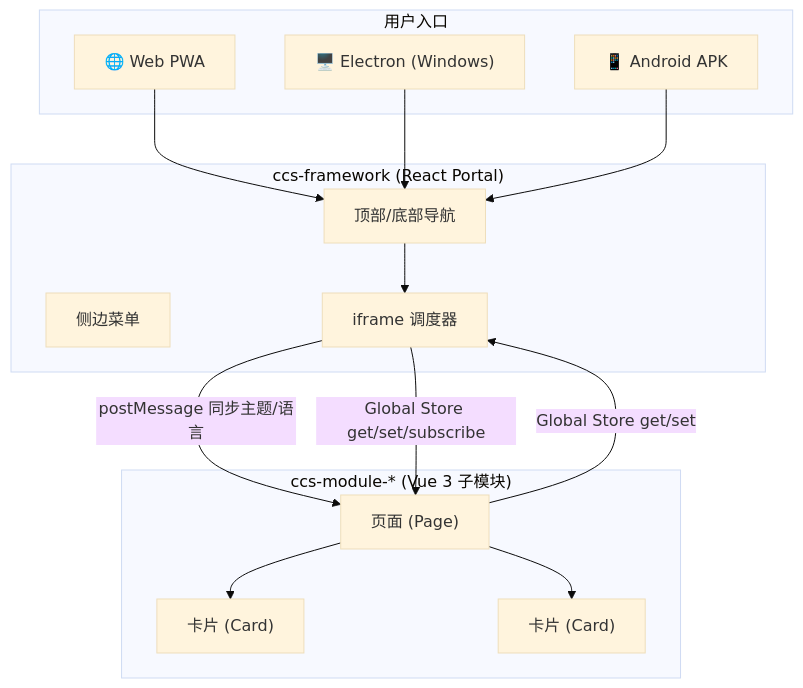
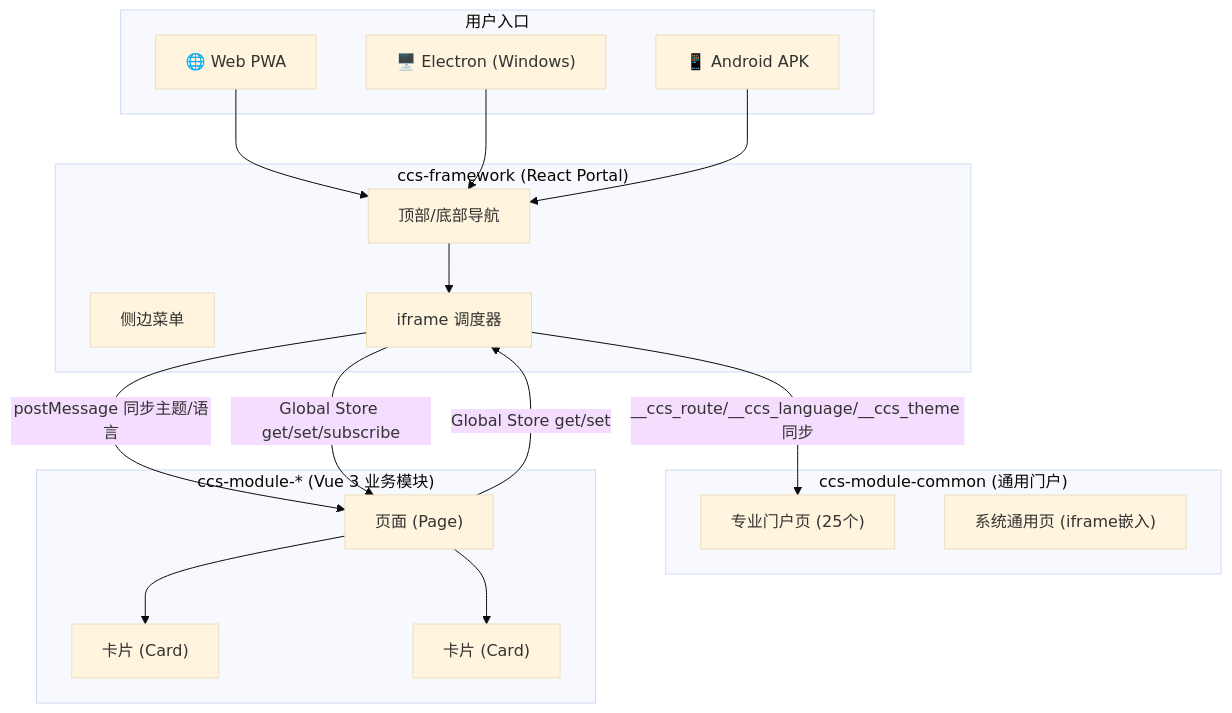
The first of 5 diagrams in README.md (kevinmoch/ccs-monorepo), drawn with Mermaid (base theme) before and after one commit. The commit also changed other lines of this file, not shown here.

````diff
--- a/README.md
+++ b/README.md
@@ -118,30 +126,36 @@
 ```mermaid
 graph TB
     subgraph "用户入口"
         Web["🌐 Web PWA"]
         Desktop["🖥️ Electron (Windows)"]
         Android["📱 Android APK"]
     end
 
     subgraph "ccs-framework (React Portal)"
         Nav["顶部/底部导航"]
         Menu["侧边菜单"]
         IFrame["iframe 调度器"]
     end
 
-    subgraph "ccs-module-* (Vue 3 子模块)"
+    subgraph "ccs-module-common (通用门户)"
+        Portal["专业门户页 (25个)"]
+        SystemPages["系统通用页 (iframe嵌入)"]
+    end
+
+    subgraph "ccs-module-* (Vue 3 业务模块)"
         Page1["页面 (Page)"]
         Card1["卡片 (Card)"]
         Card2["卡片 (Card)"]
     end
 
     Web --> Nav
     Desktop --> Nav
     Android --> Nav
     Nav --> IFrame
+    IFrame -->|__ccs_route/__ccs_language/__ccs_theme 同步| Portal
     IFrame -->|postMessage 同步主题/语言| Page1
     IFrame -->|Global Store get/set/subscribe| Page1
     Page1 -->|Global Store get/set| IFrame
     Page1 --> Card1
     Page1 --> Card2
 ```
````
